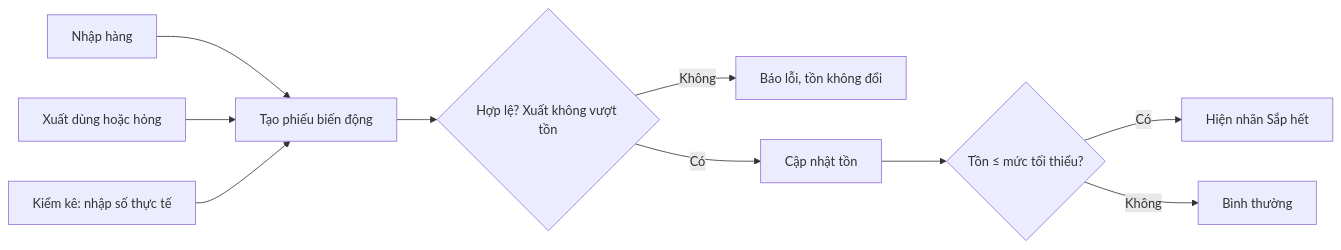
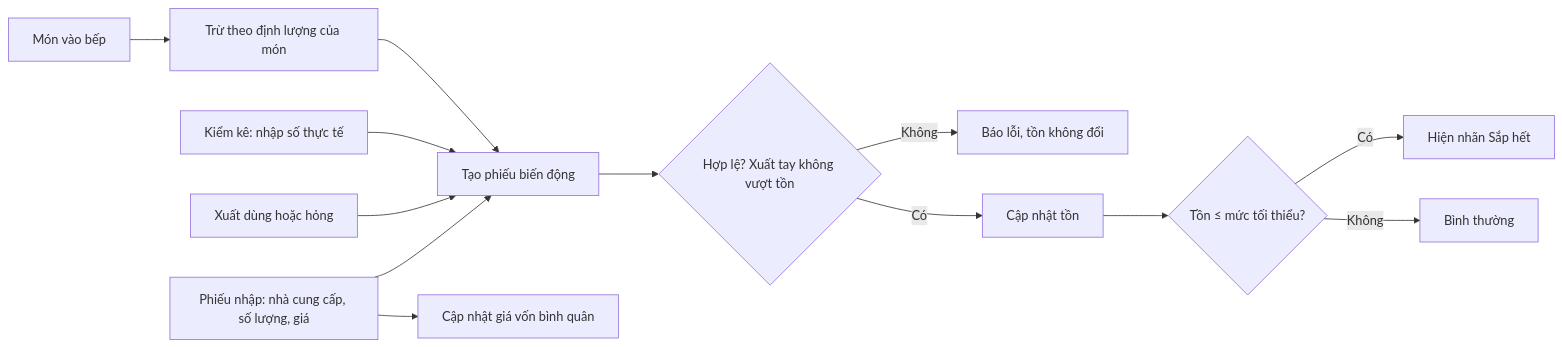
Before and after one commit to Anpham120/restaurant-management-system: the fifth of 10 diagrams in docs-core/04-quy-trinh-nghiep-vu.md, drawn with Mermaid. The commit also changed other lines of this file and 6 other files, not shown here.

````diff
--- a/docs-core/04-quy-trinh-nghiep-vu.md
+++ b/docs-core/04-quy-trinh-nghiep-vu.md
@@ -93,12 +103,14 @@
 ```mermaid
 flowchart LR
-    A[Nhập hàng] --> P[Tạo phiếu biến động]
+    A[Phiếu nhập: nhà cung cấp, số lượng, giá] --> P[Tạo phiếu biến động]
+    A --> V[Cập nhật giá vốn bình quân]
     B[Xuất dùng hoặc hỏng] --> P
     C[Kiểm kê: nhập số thực tế] --> P
-    P --> Q{Hợp lệ? Xuất không vượt tồn}
+    D[Món vào bếp] --> E[Trừ theo định lượng của món] --> P
+    P --> Q{Hợp lệ? Xuất tay không vượt tồn}
     Q -- Không --> X[Báo lỗi, tồn không đổi]
     Q -- Có --> R[Cập nhật tồn]
     R --> S{Tồn ≤ mức tối thiểu?}
     S -- Có --> T[Hiện nhãn Sắp hết]
     S -- Không --> U[Bình thường]
 ```
````
